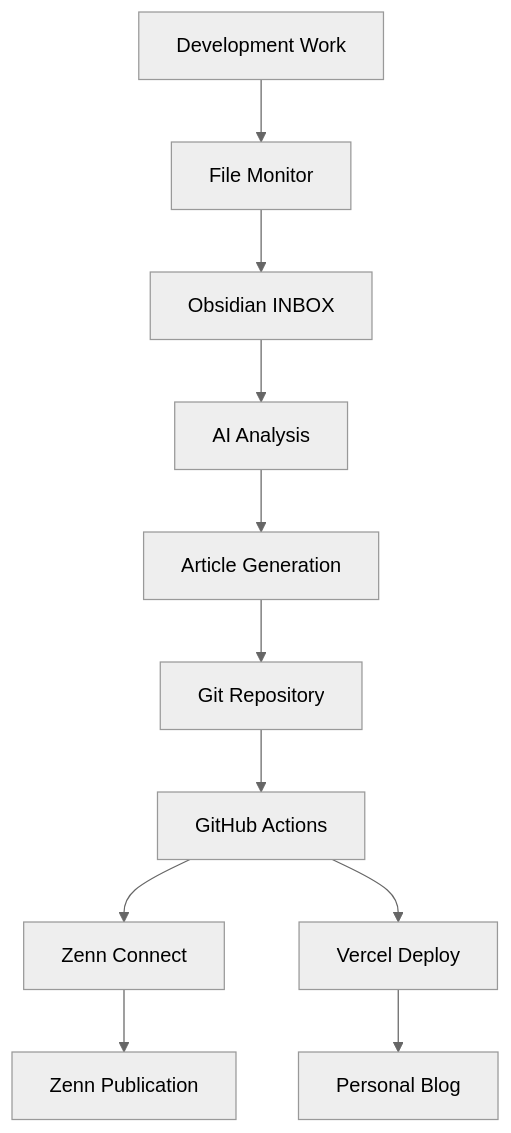
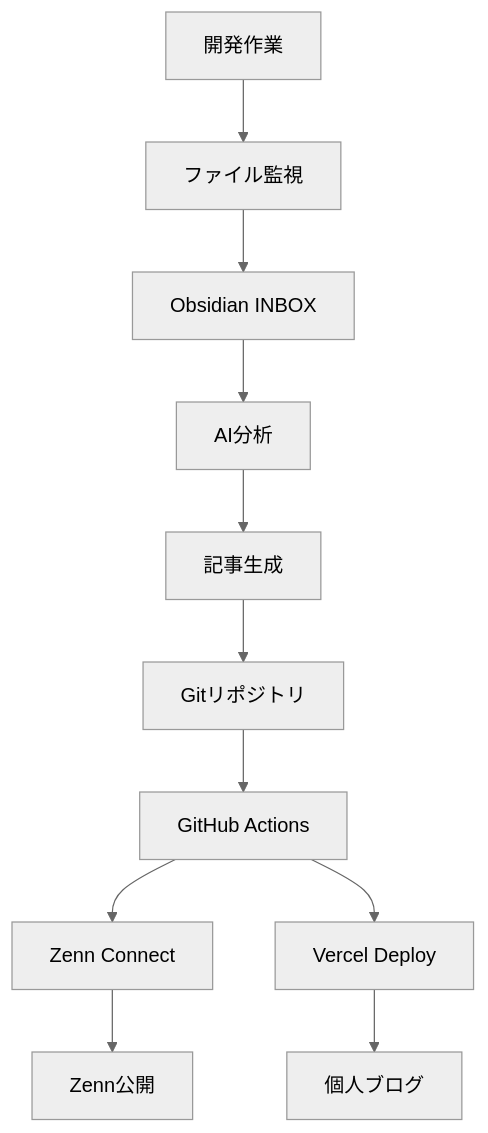
Before and after one commit to daideguchi/wisdom-blog: the diagram in README.md, drawn with Mermaid (neutral theme). The commit also changed other lines of this file, not shown here.

````diff
--- a/README.md
+++ b/README.md
@@ -152,13 +152,13 @@
 ```mermaid
 graph TD
-    A[Development Work] --> B[File Monitor]
+    A[開発作業] --> B[ファイル監視]
     B --> C[Obsidian INBOX]
-    C --> D[AI Analysis]
-    D --> E[Article Generation]
-    E --> F[Git Repository]
+    C --> D[AI分析]
+    D --> E[記事生成]
+    E --> F[Gitリポジトリ]
     F --> G[GitHub Actions]
     G --> H[Zenn Connect]
     G --> I[Vercel Deploy]
-    H --> J[Zenn Publication]
-    I --> K[Personal Blog]
+    H --> J[Zenn公開]
+    I --> K[個人ブログ]
 ```
````
